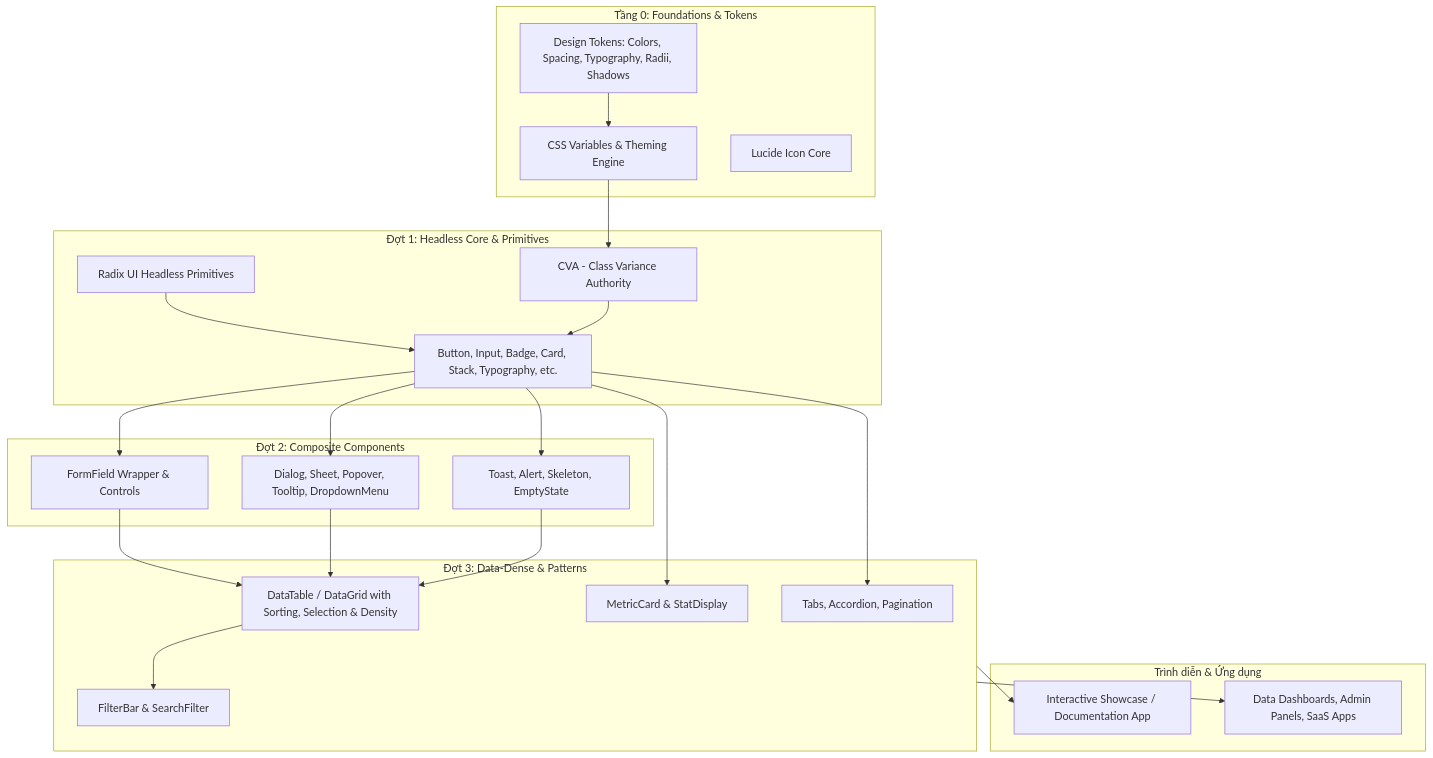
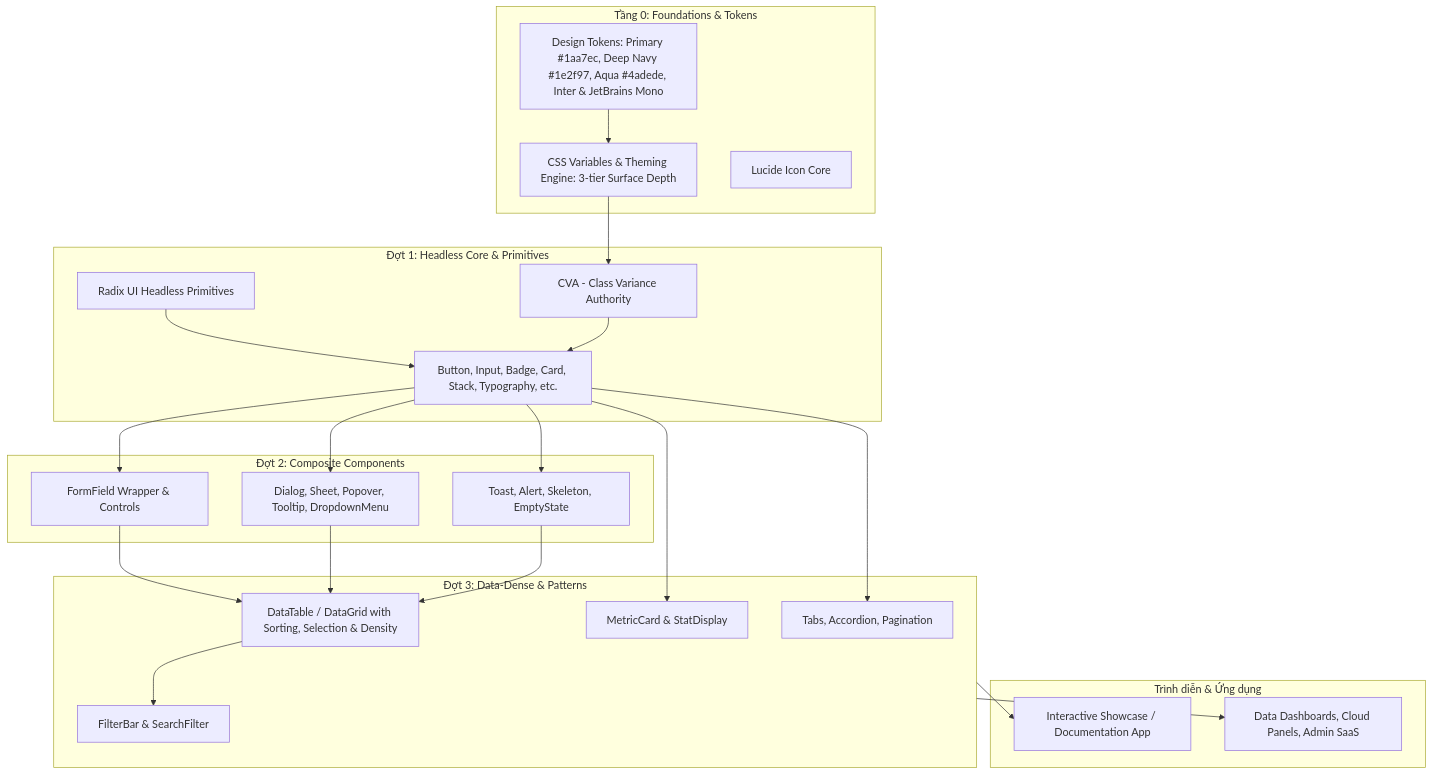
Before and after one commit to Belphegor2801/belp-ui-kit: the diagram in docs/ARCHITECTURE.md, drawn with Mermaid. The commit also changed other lines of this file and 30 other files, not shown here.

````diff
--- a/docs/ARCHITECTURE.md
+++ b/docs/ARCHITECTURE.md
@@ -7,48 +7,48 @@
 ```mermaid
 flowchart TD
     subgraph Layer0["Tầng 0: Foundations & Tokens"]
-        Tokens[Design Tokens: Colors, Spacing, Typography, Radii, Shadows]
-        CSSVars[CSS Variables & Theming Engine]
+        Tokens[Design Tokens: Primary #1aa7ec, Deep Navy #1e2f97, Aqua #4adede, Inter & JetBrains Mono]
+        CSSVars[CSS Variables & Theming Engine: 3-tier Surface Depth]
         Icons[Lucide Icon Core]
     end
 
     subgraph Layer1["Đợt 1: Headless Core & Primitives"]
         RadixPrimitives[Radix UI Headless Primitives]
         BaseStyles[CVA - Class Variance Authority]
         Primitives[Button, Input, Badge, Card, Stack, Typography, etc.]
     end
 
     subgraph Layer2["Đợt 2: Composite Components"]
         FormFields[FormField Wrapper & Controls]
         Overlays[Dialog, Sheet, Popover, Tooltip, DropdownMenu]
         Feedback[Toast, Alert, Skeleton, EmptyState]
     end
 
     subgraph Layer3["Đợt 3: Data-Dense & Patterns"]
         DataTable[DataTable / DataGrid with Sorting, Selection & Density]
         DataFilters[FilterBar & SearchFilter]
         Metrics[MetricCard & StatDisplay]
         Nav[Tabs, Accordion, Pagination]
     end
 
     subgraph Consumers["Trình diễn & Ứng dụng"]
         Playground[Interactive Showcase / Documentation App]
-        EndUserApps[Data Dashboards, Admin Panels, SaaS Apps]
+        EndUserApps[Data Dashboards, Cloud Panels, Admin SaaS]
     end
 
     Tokens --> CSSVars
     CSSVars --> BaseStyles
     RadixPrimitives --> Primitives
     BaseStyles --> Primitives
     Primitives --> FormFields
     Primitives --> Overlays
     Primitives --> Feedback
     FormFields --> DataTable
     Overlays --> DataTable
     Feedback --> DataTable
     DataTable --> DataFilters
     Primitives --> Metrics
     Primitives --> Nav
     Layer3 --> Playground
     Layer3 --> EndUserApps
 ```
````
